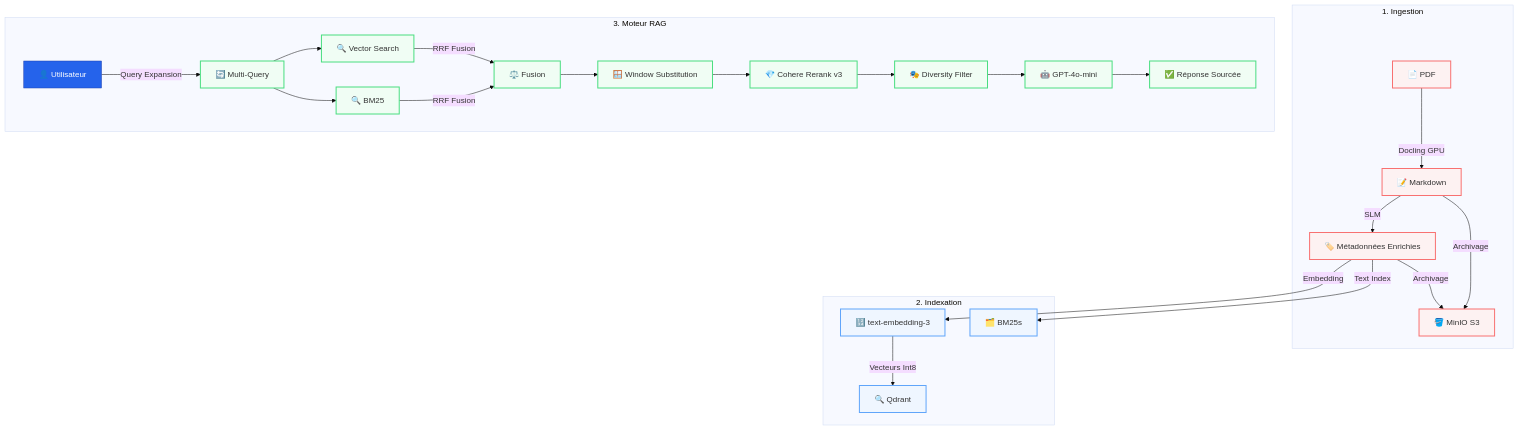
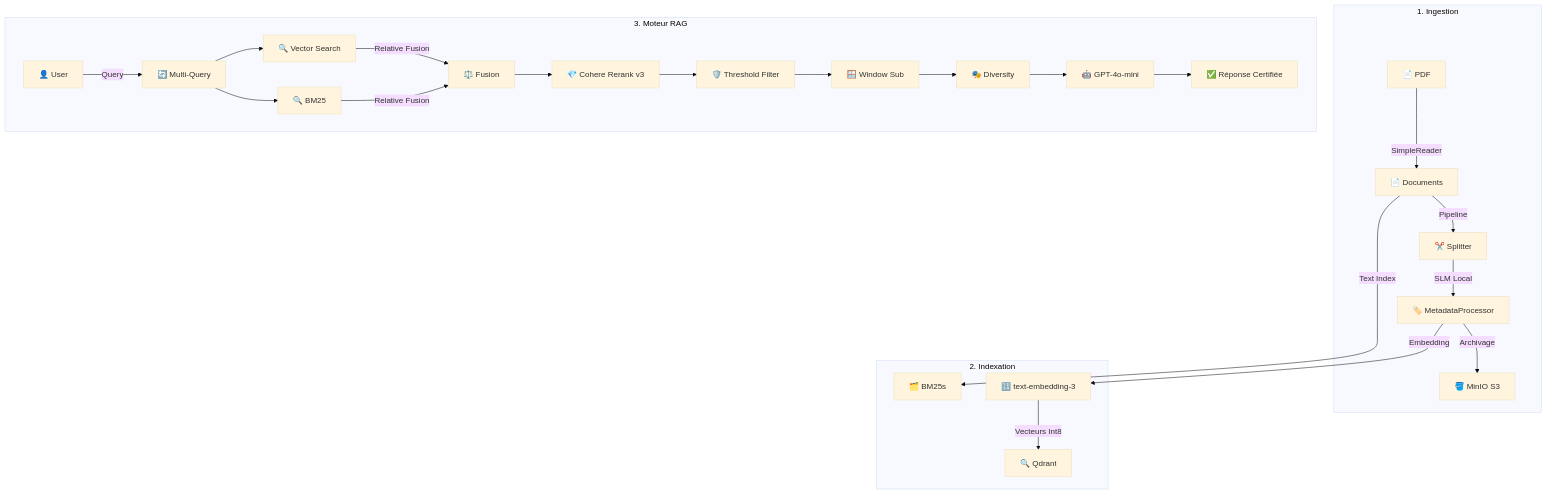
One commit to faridig/theses-deepinsight-rag changed the diagram in docs/ARCHITECTURE.md. Above: the diagram before and after it, drawn with Mermaid (base theme). The commit also changed 674 other files, not shown here.

Commit message:
feat: [PBI-100/101/102] robust RAG engine and hybrid LLM support

````diff
--- a/docs/ARCHITECTURE.md
+++ b/docs/ARCHITECTURE.md
@@ -9,32 +9,23 @@
 ```mermaid
 graph TD
     subgraph "1. Ingestion"
-        RAW["📄 PDF"] -->|Docling GPU| MD["📝 Markdown"]
-        MD -->|SLM| META["🏷️ Métadonnées Enrichies"]
-        MD & META -->|Archivage| S3["🪣 MinIO S3"]
+        RAW[📄 PDF] -->|SimpleReader| DOCS[📄 Documents]
+        DOCS -->|Pipeline| SPLIT[✂️ Splitter]
+        SPLIT -->|SLM Local| META[🏷️ MetadataProcessor]
+        META -->|Archivage| S3[🪣 MinIO S3]
     end
     subgraph "2. Indexation"
-        META -->|Embedding| EMB["🔢 text-embedding-3"]
-        EMB -->|Vecteurs Int8| QDR["🔍 Qdrant"]
-        META -->|Text Index| BM25["🗂️ BM25s"]
+        META -->|Embedding| EMB[🔢 text-embedding-3]
+        EMB -->|Vecteurs Int8| QDR[🔍 Qdrant]
+        DOCS -->|Text Index| BM25[🗂️ BM25s]
     end
     subgraph "3. Moteur RAG"
-        User["👤 Utilisateur"] -->|Query Expansion| MQ["🔄 Multi-Query"]
-        MQ --> V_RET["🔍 Vector Search"] & T_RET["🔍 BM25"]
-        V_RET & T_RET -->|RRF Fusion| FUSION["⚖️ Fusion"]
-        FUSION --> W_SUB["🪟 Window Substitution"] --> RERANK["💎 Cohere Rerank v3"]
-        RERANK --> DIV["🎭 Diversity Filter"] --> LLM["🤖 GPT-4o-mini"]
-        LLM --> Final["✅ Réponse Sourcée"]
+        User[👤 User] -->|Query| MQ[🔄 Multi-Query]
+        MQ --> V_RET[🔍 Vector Search] & T_RET[🔍 BM25]
+        V_RET & T_RET -->|Relative Fusion| FUSION[⚖️ Fusion]
+        FUSION --> RERANK[💎 Cohere Rerank v3]
+        RERANK --> THR[🛡️ Threshold Filter]
+        THR --> W_SUB[🪟 Window Sub] --> DIV[🎭 Diversity] --> LLM[🤖 GPT-4o-mini]
+        LLM --> Final[✅ Réponse Certifiée]
     end
-
-    %% Styles
-    classDef ingestion fill:#fdf2f2,stroke:#f87171,stroke-width:2px;
-    classDef indexation fill:#eff6ff,stroke:#60a5fa,stroke-width:2px;
-    classDef rag fill:#f0fdf4,stroke:#4ade80,stroke-width:2px;
-    classDef tool fill:#2563eb,stroke:#1e40af,stroke-width:1px,color:#fff;
-
-    class RAW,MD,META,S3 ingestion;
-    class EMB,QDR,BM25 indexation;
-    class MQ,V_RET,T_RET,FUSION,W_SUB,RERANK,DIV,LLM,Final rag;
-    class User tool;
 ```
````
